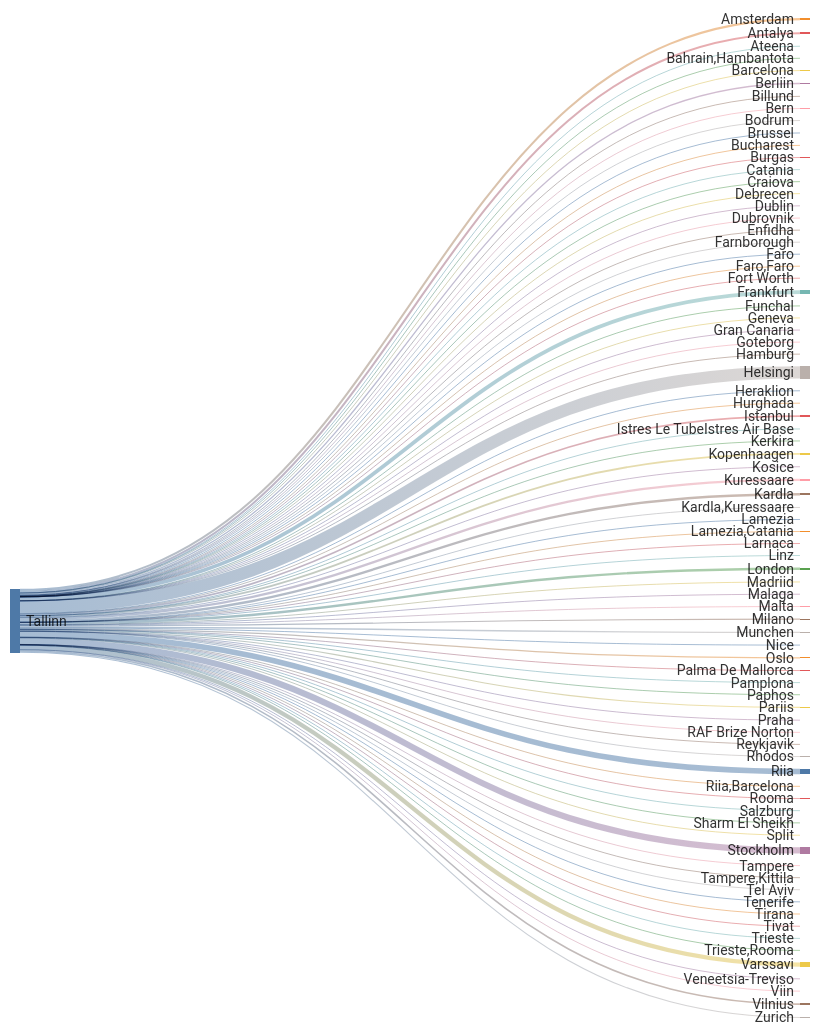
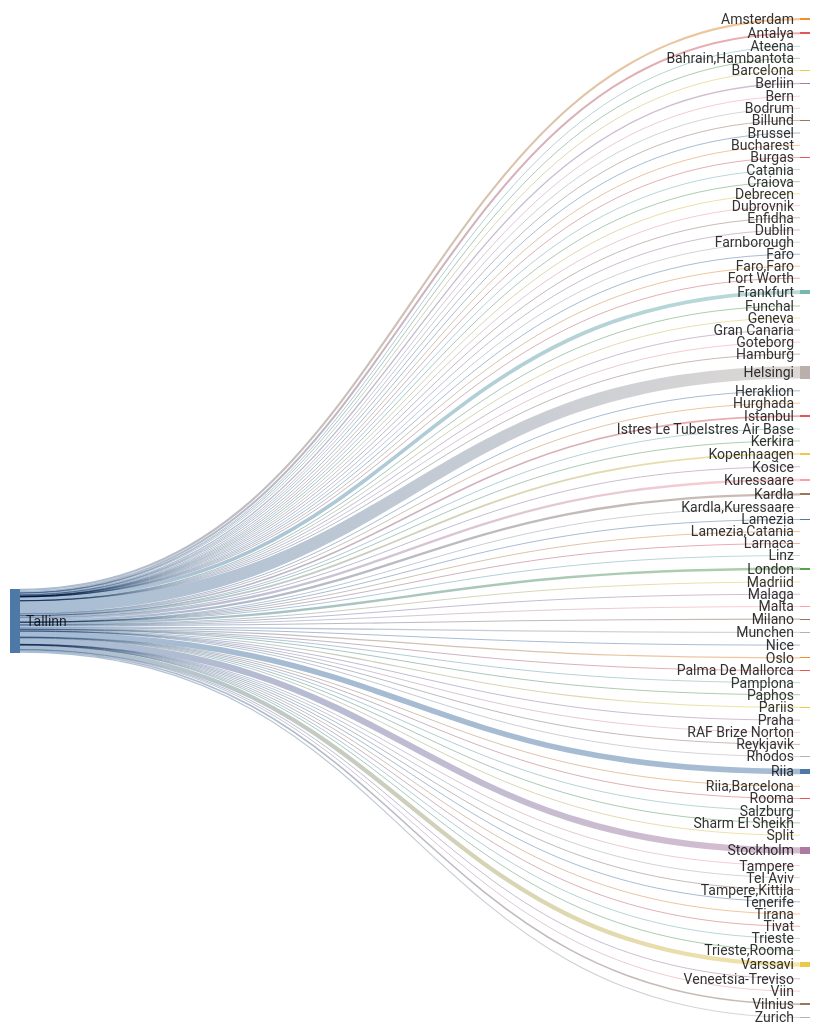
One commit to rainermesi/tll-airport-departures changed the second of 2 diagrams in README.md. Above: the diagram before and after it, drawn with Mermaid. The commit also changed other lines of this file and 1 other file, not shown here.

````diff
--- a/README.md
+++ b/README.md
@@ -41,16 +41,16 @@
 ---
 sankey-beta
 %% source,target,value
-Tallinn,Amsterdam,583
-Tallinn,Antalya,560
+Tallinn,Amsterdam,585
+Tallinn,Antalya,564
 Tallinn,Ateena,16
 Tallinn,"Bahrain,Hambantota",1
-Tallinn,Barcelona,163
+Tallinn,Barcelona,165
 Tallinn,Berliin,364
 Tallinn,Bern,1
 Tallinn,Billund,87
-Tallinn,Bodrum,14
-Tallinn,Brussel,224
+Tallinn,Bodrum,15
+Tallinn,Brussel,225
 Tallinn,Bucharest,1
 Tallinn,Burgas,67
 Tallinn,Catania,2
@@ -63,30 +63,30 @@
 Tallinn,Faro,4
 Tallinn,"Faro,Faro",1
 Tallinn,Fort Worth,1
-Tallinn,Frankfurt,1017
+Tallinn,Frankfurt,1020
 Tallinn,Funchal,9
 Tallinn,Geneva,13
 Tallinn,Gran Canaria,38
 Tallinn,Goteborg,2
 Tallinn,Hamburg,2
-Tallinn,Helsingi,3411
-Tallinn,Heraklion,135
+Tallinn,Helsingi,3421
+Tallinn,Heraklion,136
 Tallinn,Hurghada,77
-Tallinn,Istanbul,443
+Tallinn,Istanbul,444
 Tallinn,Istres Le TubeIstres Air Base,2
 Tallinn,Kerkira,4
-Tallinn,Kopenhaagen,495
+Tallinn,Kopenhaagen,497
 Tallinn,Kosice,1
-Tallinn,Kuressaare,646
-Tallinn,Kardla,648
+Tallinn,Kuressaare,648
+Tallinn,Kardla,650
 Tallinn,"Kardla,Kuressaare",1
 Tallinn,Lamezia,5
 Tallinn,"Lamezia,Catania",3
 Tallinn,Larnaca,8
 Tallinn,Linz,2
-Tallinn,London,659
+Tallinn,London,661
 Tallinn,Madriid,5
-Tallinn,Malaga,140
+Tallinn,Malaga,141
 Tallinn,Malta,36
 Tallinn,Milano,286
 Tallinn,Munchen,367
@@ -100,13 +100,13 @@
 Tallinn,RAF Brize Norton,1
 Tallinn,Reykjavik,20
 Tallinn,Rhodos,74
-Tallinn,Riia,1551
+Tallinn,Riia,1556
 Tallinn,"Riia,Barcelona",1
 Tallinn,Rooma,80
 Tallinn,Salzburg,14
 Tallinn,Sharm El Sheikh,120
 Tallinn,Split,67
-Tallinn,Stockholm,1709
+Tallinn,Stockholm,1715
 Tallinn,Tampere,17
 Tallinn,"Tampere,Kittila",21
 Tallinn,Tel Aviv,2
@@ -115,11 +115,11 @@
 Tallinn,Tivat,80
 Tallinn,Trieste,1
 Tallinn,"Trieste,Rooma",1
-Tallinn,Varssavi,1184
+Tallinn,Varssavi,1187
 Tallinn,Veneetsia-Treviso,67
 Tallinn,Viin,106
-Tallinn,Vilnius,433
-Tallinn,Zurich,307
+Tallinn,Vilnius,434
+Tallinn,Zurich,308
 
 
 ```
````
